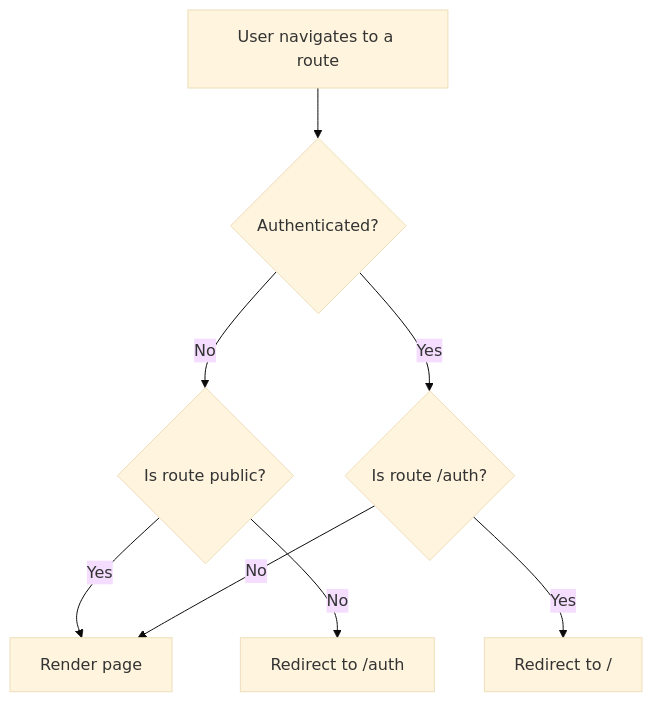
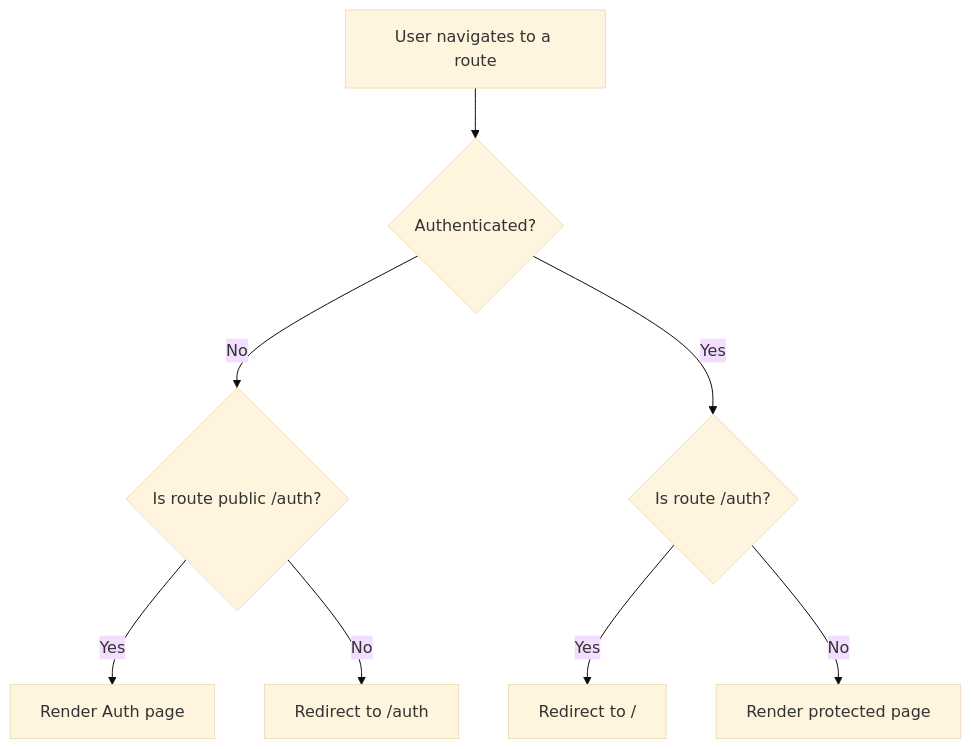
One commit to PrakritOjha/flowlink-tasks changed the fourth of 31 diagrams in userflow.md. Above: the diagram before and after it, drawn with Mermaid (base theme). The commit also changed other lines of this file and 4 other files, not shown here.

First line of the commit message:
feat: Update user flow documentation with detailed steps for account creation, sign in, and board management

````diff
--- a/userflow.md
+++ b/userflow.md
@@ -49,10 +50,10 @@
 ```mermaid
 flowchart TD
     A[User navigates to a route] --> B{Authenticated?}
-    B -- No --> C{Is route public?}
-    C -- Yes --> D[Render page]
+    B -- No --> C{Is route public /auth?}
+    C -- Yes --> D[Render Auth page]
     C -- No --> E[Redirect to /auth]
     B -- Yes --> F{Is route /auth?}
     F -- Yes --> G[Redirect to /]
-    F -- No --> D
+    F -- No --> H[Render protected page]
 ```
````
